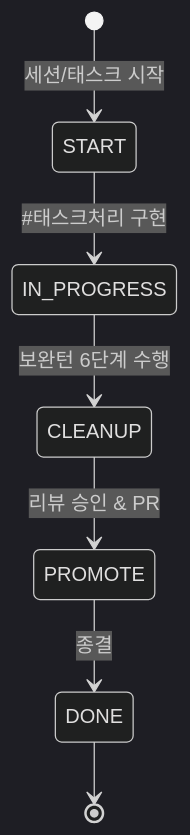
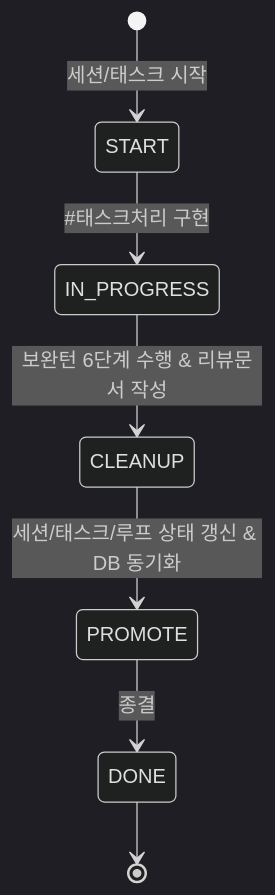
The diagram in docs/03.정책/README_정책.md (jkoogit/purePDFrend), drawn with Mermaid (dark theme) before and after one commit. The commit also changed other lines of this file and 22076 other files, not shown here.

````diff
--- a/docs/03.정책/README_정책.md
+++ b/docs/03.정책/README_정책.md
@@ -15,9 +18,9 @@
 ```mermaid
 stateDiagram-v2
     [*] --> START: 세션/태스크 시작
     START --> IN_PROGRESS: #태스크처리 구현
-    IN_PROGRESS --> CLEANUP: 보완턴 6단계 수행
-    CLEANUP --> PROMOTE: 리뷰 승인 & PR
+    IN_PROGRESS --> CLEANUP: 보완턴 6단계 수행 & 리뷰문서 작성
+    CLEANUP --> PROMOTE: 세션/태스크/루프 상태 갱신 & DB 동기화
     PROMOTE --> DONE: 종결
     DONE --> [*]
 ```
````
